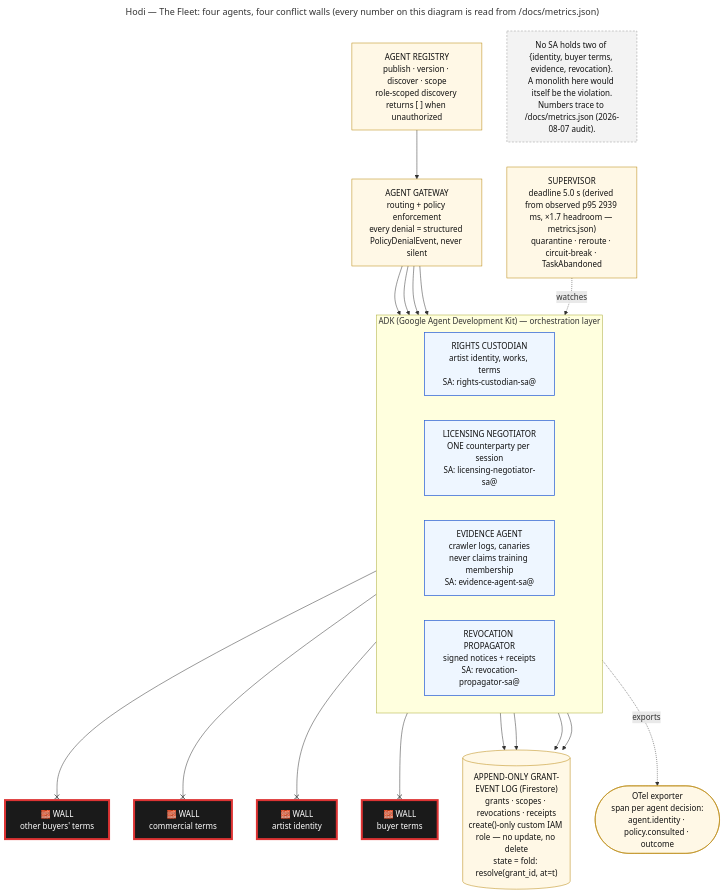
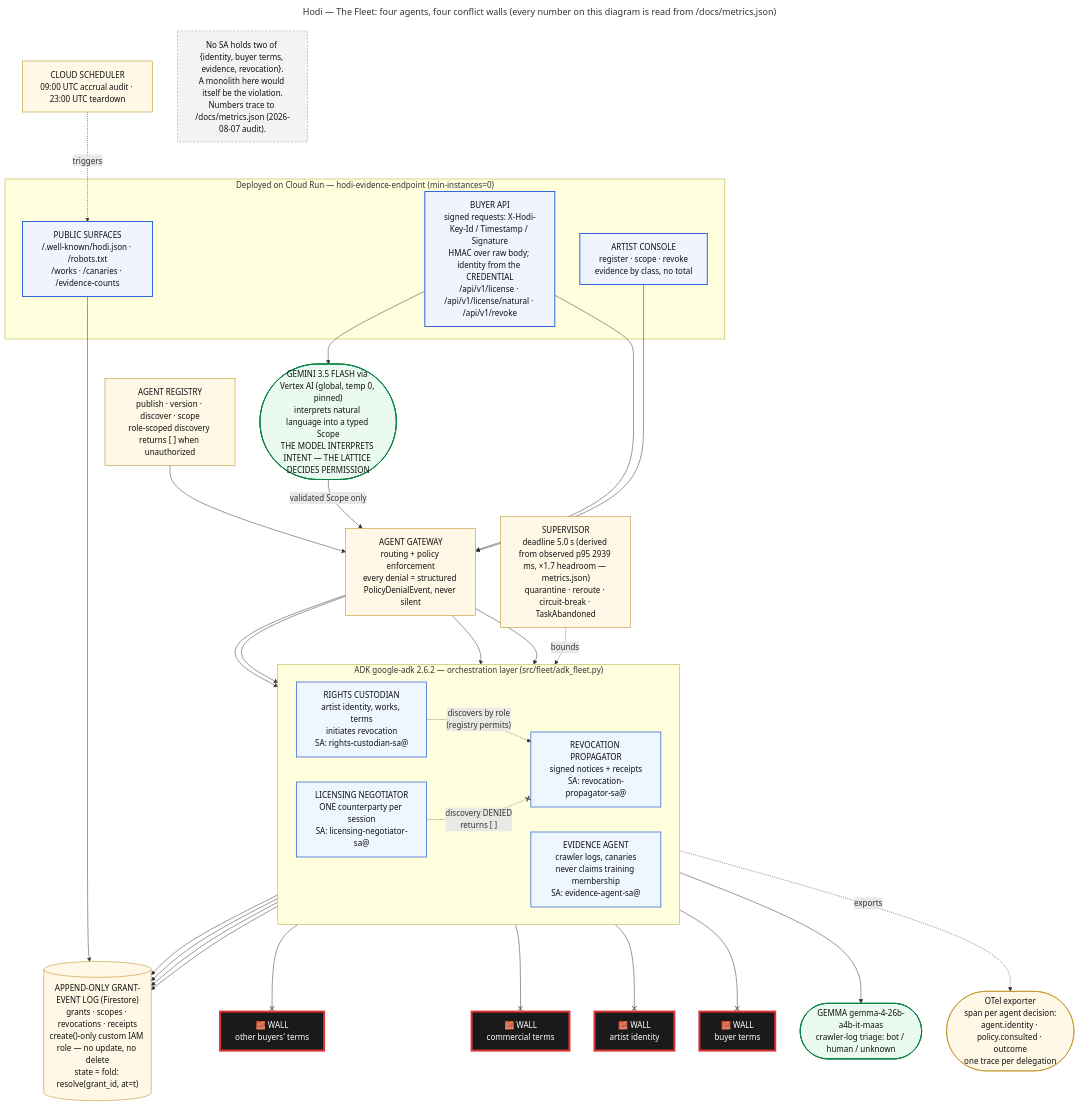
Before and after one commit to Jeremiah-Sakuda/Hodi: the diagram in docs/architecture/diagram_a_the_fleet.mmd, drawn with Mermaid. The commit also changed 27 other files, not shown here.

```diff
--- a/docs/architecture/diagram_a_the_fleet.mmd
+++ b/docs/architecture/diagram_a_the_fleet.mmd
@@ -1,58 +1,83 @@
 ---
 title: "Hodi — The Fleet: four agents, four conflict walls (every number on this diagram is read from /docs/metrics.json)"
 ---
 flowchart TB
 
     REG["AGENT REGISTRY<br/>publish · version · discover · scope<br/>role-scoped discovery returns [ ] when unauthorized"]
 
     GW["AGENT GATEWAY<br/>routing + policy enforcement<br/>every denial = structured PolicyDenialEvent, never silent"]
 
     REG --> GW
 
-    subgraph ADK["ADK (Google Agent Development Kit) — orchestration layer"]
+    subgraph ADK["ADK google-adk 2.6.2 — orchestration layer (src/fleet/adk_fleet.py)"]
         direction LR
-        RC["RIGHTS CUSTODIAN<br/>artist identity, works, terms<br/>SA: rights-custodian-sa@"]
+        RC["RIGHTS CUSTODIAN<br/>artist identity, works, terms<br/>initiates revocation<br/>SA: rights-custodian-sa@"]
         LN["LICENSING NEGOTIATOR<br/>ONE counterparty per session<br/>SA: licensing-negotiator-sa@"]
         EV["EVIDENCE AGENT<br/>crawler logs, canaries<br/>never claims training membership<br/>SA: evidence-agent-sa@"]
         RP["REVOCATION PROPAGATOR<br/>signed notices + receipts<br/>SA: revocation-propagator-sa@"]
     end
 
-    OTEL(["OTel exporter<br/>span per agent decision:<br/>agent.identity · policy.consulted · outcome"])
+    OTEL(["OTel exporter<br/>span per agent decision:<br/>agent.identity · policy.consulted · outcome<br/>one trace per delegation"])
     ADK -.exports.-> OTEL
+
+    RC -. "discovers by role<br/>(registry permits)" .-> RP
+    LN -. "discovery DENIED<br/>returns [ ]" .-x RP
 
     GW --> RC
     GW --> LN
     GW --> EV
     GW --> RP
 
     W1["🧱 WALL<br/>other buyers' terms"]
     W2["🧱 WALL<br/>commercial terms"]
     W3["🧱 WALL<br/>artist identity"]
     W4["🧱 WALL<br/>buyer terms"]
 
     LN --x W1
     EV --x W2
     RP --x W3
     RC --x W4
 
     LOG[("APPEND-ONLY GRANT-EVENT LOG (Firestore)<br/>grants · scopes · revocations · receipts<br/>create()-only custom IAM role — no update, no delete<br/>state = fold: resolve(grant_id, at=t)")]
 
     RC --> LOG
     LN --> LOG
     EV --> LOG
     RP --> LOG
 
     SUP["SUPERVISOR<br/>deadline 5.0 s (derived from observed p95 2939 ms, ×1.7 headroom — metrics.json)<br/>quarantine · reroute · circuit-break · TaskAbandoned"]
-    SUP -.watches.-> ADK
+    SUP -.bounds.-> ADK
+
+    subgraph DEPLOYED["Deployed on Cloud Run — hodi-evidence-endpoint (min-instances=0)"]
+        API["BUYER API<br/>signed requests: X-Hodi-Key-Id / Timestamp / Signature<br/>HMAC over raw body; identity from the CREDENTIAL<br/>/api/v1/license · /api/v1/license/natural · /api/v1/revoke"]
+        PUB["PUBLIC SURFACES<br/>/.well-known/hodi.json · /robots.txt<br/>/works · /canaries · /evidence-counts"]
+        CON["ARTIST CONSOLE<br/>register · scope · revoke<br/>evidence by class, no total"]
+    end
+
+    GEM(["GEMINI 3.5 FLASH via Vertex AI (global, temp 0, pinned)<br/>interprets natural language into a typed Scope<br/>THE MODEL INTERPRETS INTENT — THE LATTICE DECIDES PERMISSION"])
+    GMA(["GEMMA gemma-4-26b-a4b-it-maas<br/>crawler-log triage: bot / human / unknown"])
+    SCH["CLOUD SCHEDULER<br/>09:00 UTC accrual audit · 23:00 UTC teardown"]
+
+    API --> GEM
+    GEM -- "validated Scope only" --> GW
+    API --> GW
+    CON --> GW
+    PUB --> LOG
+    EV --> GMA
+    SCH -.triggers.-> PUB
 
     NOTE["No SA holds two of {identity, buyer terms, evidence, revocation}.<br/>A monolith here would itself be the violation.<br/>Numbers trace to /docs/metrics.json (2026-08-07 audit)."]
 
     classDef wall fill:#1a1a1a,color:#ffffff,stroke:#d33,stroke-width:4px
     classDef agent fill:#eef6ff,stroke:#3367d6,stroke-width:1.5px,color:#111
     classDef infra fill:#fff8e6,stroke:#b8860b,color:#111
     classDef note fill:#f3f3f3,stroke:#999,stroke-dasharray:4 3,color:#111
+    classDef model fill:#eafaf1,stroke:#0b8043,stroke-width:2px,color:#111
+    classDef deployed fill:#f0f4ff,stroke:#3367d6,stroke-width:2px,color:#111
 
     class W1,W2,W3,W4 wall
     class RC,LN,EV,RP agent
-    class REG,GW,LOG,SUP,OTEL infra
+    class REG,GW,LOG,SUP,OTEL,SCH infra
+    class GEM,GMA model
+    class API,PUB,CON deployed
     class NOTE note
```
